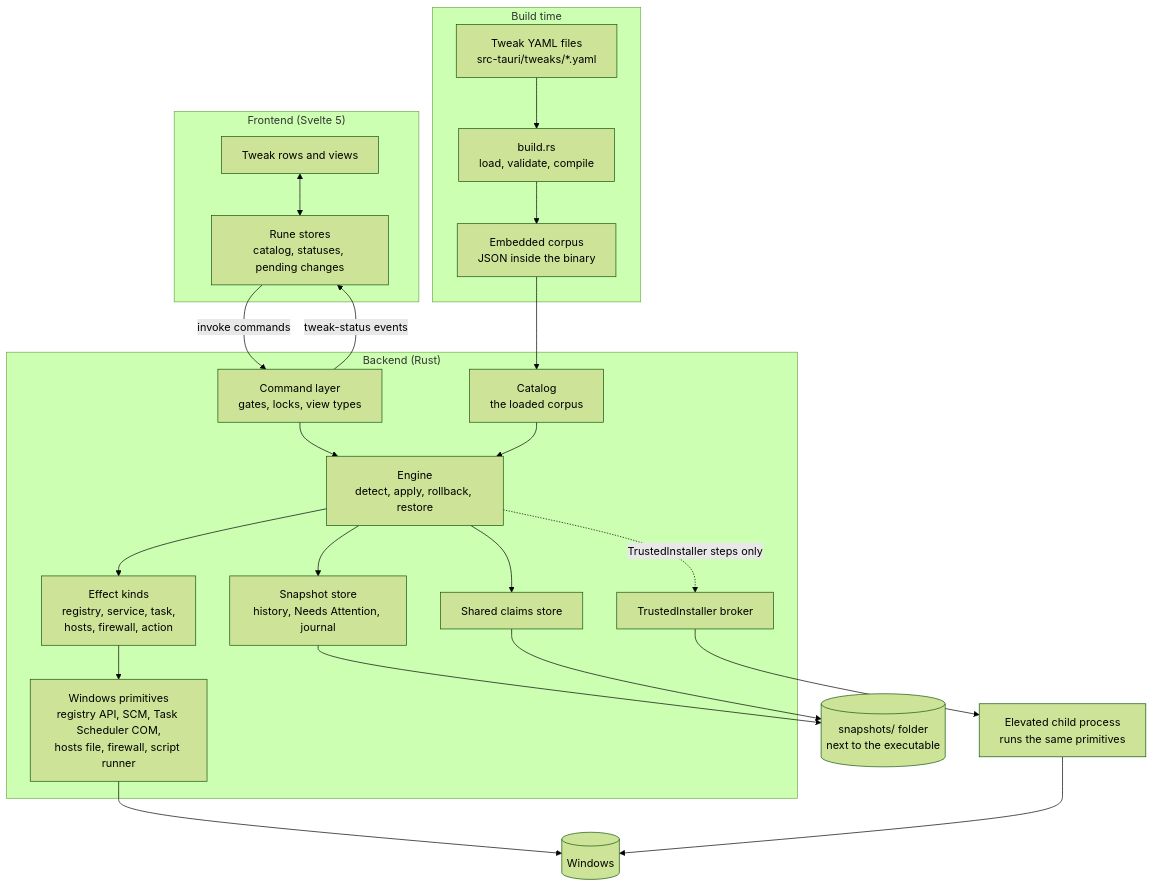
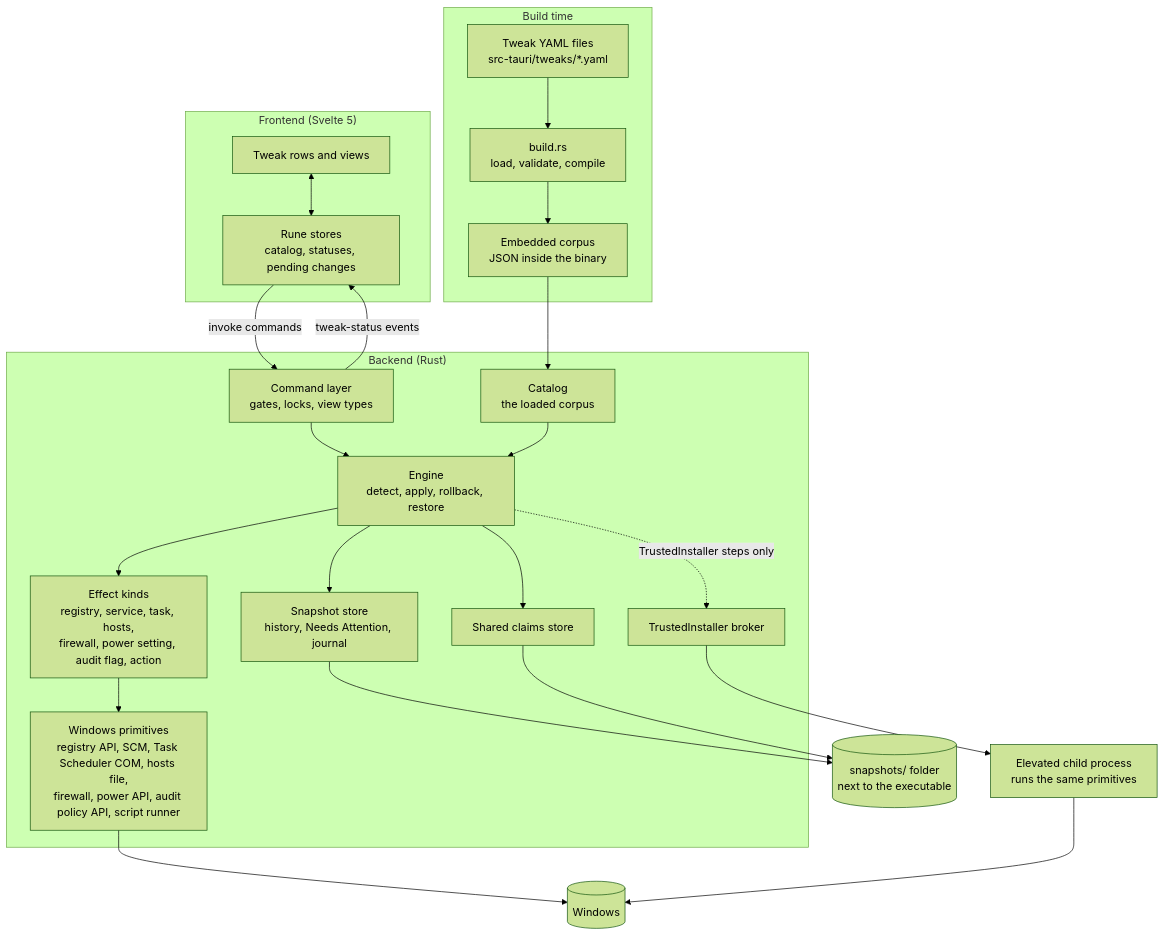
The diagram in docs/architecture/tweak/README.md (ehsan18t/magicx-toolbox-gui), drawn with Mermaid (forest theme) before and after one commit. The commit also changed other lines of this file and 245 other files, not shown here.

First line of the commit message:
feat: modernize the stack, harden startup and self-update, add native power and audit kinds (#36)

````diff
--- a/docs/architecture/tweak/README.md
+++ b/docs/architecture/tweak/README.md
@@ -9,36 +9,36 @@
 ```mermaid
 flowchart TB
   subgraph BuildTime["Build time"]
     YAML["Tweak YAML files<br/>src-tauri/tweaks/*.yaml"] --> BuildRs["build.rs<br/>load, validate, compile"]
     BuildRs --> Embedded["Embedded corpus<br/>JSON inside the binary"]
   end
 
   subgraph Frontend["Frontend (Svelte 5)"]
     Rows["Tweak rows and views"] <--> Stores["Rune stores<br/>catalog, statuses, pending changes"]
   end
 
   subgraph Backend["Backend (Rust)"]
     Commands["Command layer<br/>gates, locks, view types"]
     Catalog["Catalog<br/>the loaded corpus"]
     Engine["Engine<br/>detect, apply, rollback, restore"]
-    Kinds["Effect kinds<br/>registry, service, task,<br/>hosts, firewall, action"]
-    Primitives["Windows primitives<br/>registry API, SCM, Task Scheduler COM,<br/>hosts file, firewall, script runner"]
+    Kinds["Effect kinds<br/>registry, service, task, hosts,<br/>firewall, power setting, audit flag, action"]
+    Primitives["Windows primitives<br/>registry API, SCM, Task Scheduler COM, hosts file,<br/>firewall, power API, audit policy API, script runner"]
     Snapshots["Snapshot store<br/>history, Needs Attention, journal"]
     Claims["Shared claims store"]
     Broker["TrustedInstaller broker"]
   end
 
   Child["Elevated child process<br/>runs the same primitives"]
   Disk[("snapshots/ folder<br/>next to the executable")]
   Windows[("Windows")]
 
   Embedded --> Catalog
   Stores -- "invoke commands" --> Commands
   Commands -- "tweak-status events" --> Stores
   Commands --> Engine
   Catalog --> Engine
   Engine --> Kinds --> Primitives --> Windows
   Engine --> Snapshots --> Disk
   Engine --> Claims --> Disk
   Engine -. "TrustedInstaller steps only" .-> Broker --> Child --> Windows
 ```
````
